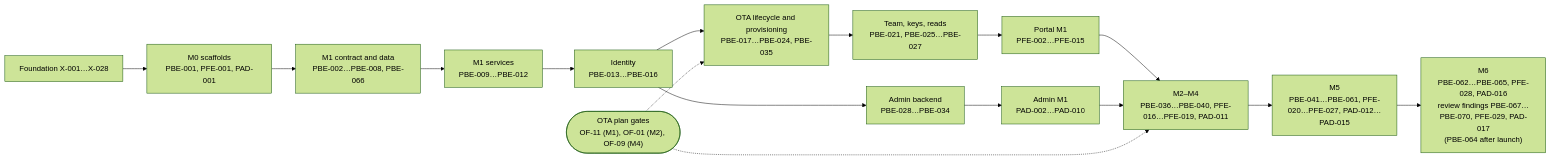
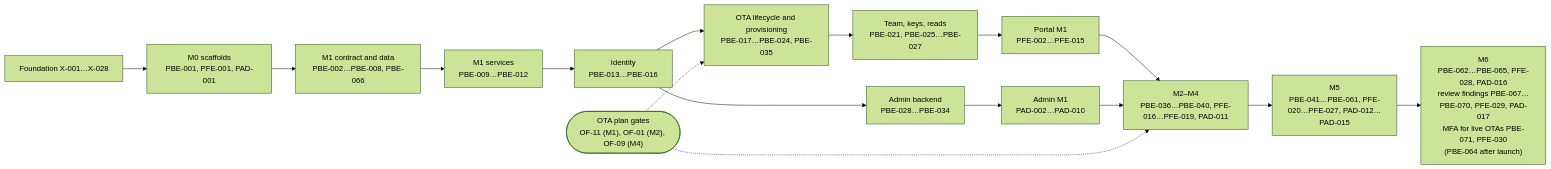
The diagram in platform/docs/plans/agent-tasks.md (bhagwati-prasad/velexis-ota), drawn with Mermaid (forest theme) before and after one commit. The commit also changed other lines of this file and 13 other files, not shown here.

First line of the commit message:
fix: decide owner MFA for live OTAs, keep NestJS 11 for the multer fix, and align the trial notice and the plan warnings

````diff
--- a/platform/docs/plans/agent-tasks.md
+++ b/platform/docs/plans/agent-tasks.md
@@ -2159,18 +2198,18 @@
 ```mermaid
 flowchart LR
   X["Foundation X-001…X-028"] --> M0["M0 scaffolds<br/>PBE-001, PFE-001, PAD-001"]
   M0 --> C1["M1 contract and data<br/>PBE-002…PBE-008, PBE-066"]
   C1 --> S1["M1 services<br/>PBE-009…PBE-012"]
   S1 --> ID["Identity<br/>PBE-013…PBE-016"]
   ID --> LC["OTA lifecycle and provisioning<br/>PBE-017…PBE-024, PBE-035"]
   LC --> TM["Team, keys, reads<br/>PBE-021, PBE-025…PBE-027"]
   ID --> AD["Admin backend<br/>PBE-028…PBE-034"]
   TM --> PFE["Portal M1<br/>PFE-002…PFE-015"]
   AD --> PAD["Admin M1<br/>PAD-002…PAD-010"]
   PFE --> M24["M2–M4<br/>PBE-036…PBE-040, PFE-016…PFE-019, PAD-011"]
   PAD --> M24
   M24 --> M5["M5<br/>PBE-041…PBE-061, PFE-020…PFE-027, PAD-012…PAD-015"]
-  M5 --> M6["M6<br/>PBE-062…PBE-065, PFE-028, PAD-016<br/>review findings PBE-067…PBE-070, PFE-029, PAD-017<br/>(PBE-064 after launch)"]
+  M5 --> M6["M6<br/>PBE-062…PBE-065, PFE-028, PAD-016<br/>review findings PBE-067…PBE-070, PFE-029, PAD-017<br/>MFA for live OTAs PBE-071, PFE-030<br/>(PBE-064 after launch)"]
   OTA(["OTA plan gates<br/>OF-11 (M1), OF-01 (M2), OF-09 (M4)"]) -.-> LC
   OTA -.-> M24
 ```
````
